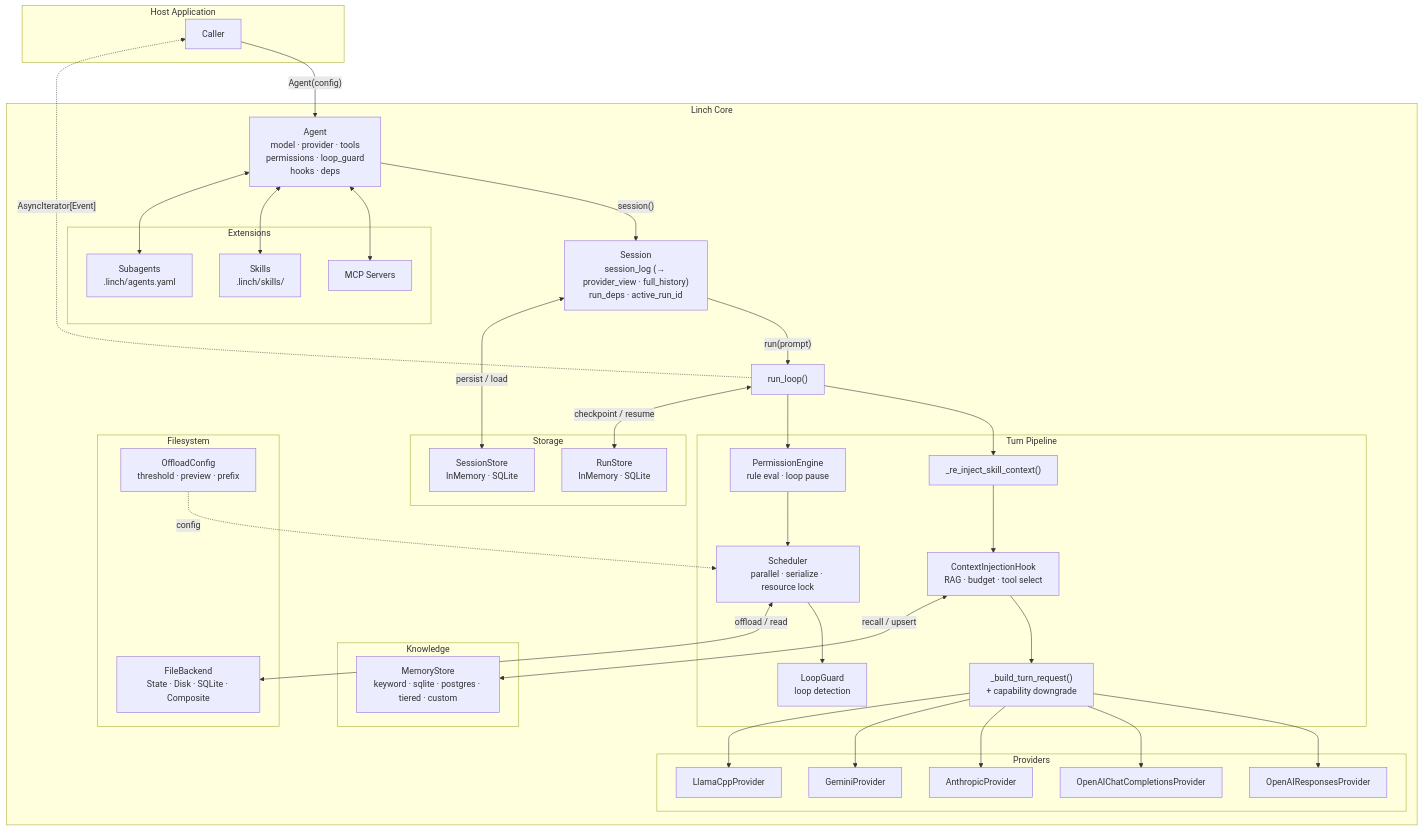
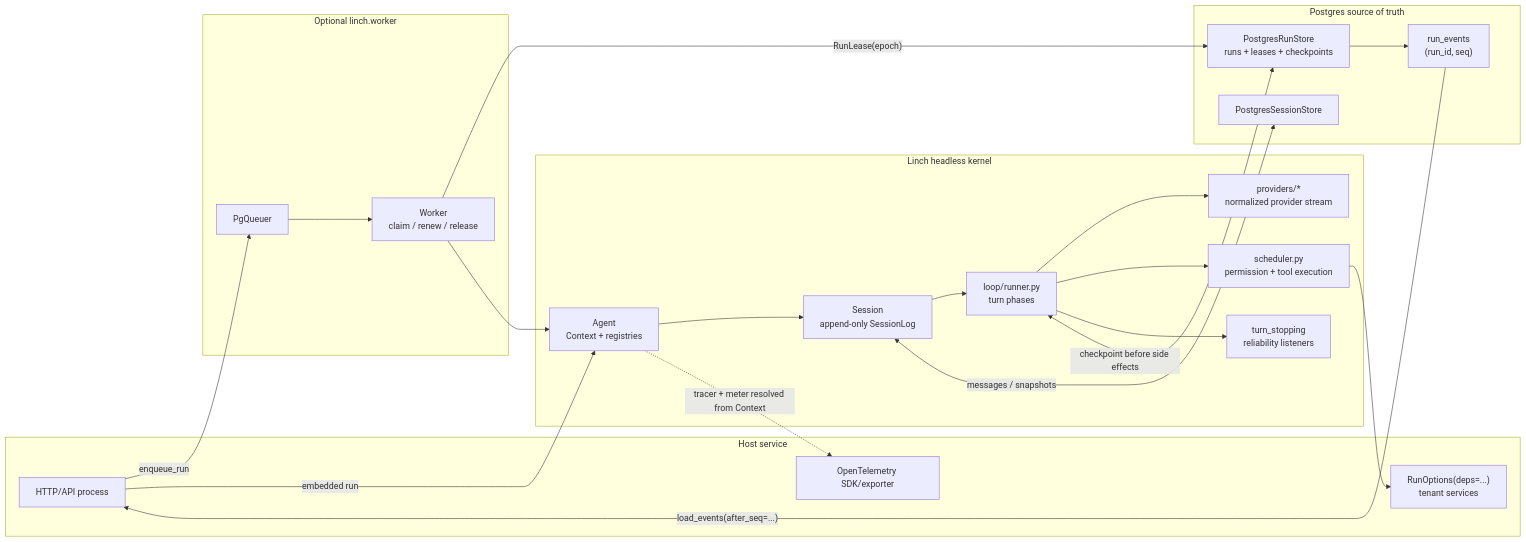
The diagram in docs/architecture/overview.md (DuyTa506/linch), drawn with Mermaid before and after one commit. The commit also changed other lines of this file and 16 other files, not shown here.

````diff
--- a/docs/architecture/overview.md
+++ b/docs/architecture/overview.md
@@ -7,67 +23,44 @@
 ```mermaid
-graph TD
-    subgraph Host["Host Application"]
-        Caller["Caller"]
+flowchart LR
+    subgraph Host["Host service"]
+        API["HTTP/API process"]
+        OTel["OpenTelemetry SDK/exporter"]
+        Deps["RunOptions(deps=...)\ntenant services"]
     end
 
-    subgraph Core["Linch Core"]
-        Agent["Agent\nmodel · provider · tools\npermissions · loop_guard\nhooks · deps"]
-        Session["Session\nsession_log (→ provider_view · full_history)\nrun_deps · active_run_id"]
-        RunLoop["run_loop()"]
-
-        subgraph Pipeline["Turn Pipeline"]
-            SK["_re_inject_skill_context()"]
-            CB["ContextInjectionHook\nRAG · budget · tool select"]
-            BTR["_build_turn_request()\n+ capability downgrade"]
-            PERM["PermissionEngine\nrule eval · loop pause"]
-            SCHED["Scheduler\nparallel · serialize · resource lock"]
-            LG["LoopGuard\nloop detection"]
-        end
-
-        subgraph Providers["Providers"]
-            OAR["OpenAIResponsesProvider"]
-            OAC["OpenAIChatCompletionsProvider"]
-            ANT["AnthropicProvider"]
-            GEM["GeminiProvider"]
-            LLM["LlamaCppProvider"]
-        end
-
-        subgraph Storage["Storage"]
-            SS["SessionStore\nInMemory · SQLite"]
-            RS["RunStore\nInMemory · SQLite"]
-        end
-
-        subgraph Knowledge["Knowledge"]
-            MEM["MemoryStore\nkeyword · sqlite · postgres · tiered · custom"]
-        end
-
-        subgraph Filesystem["Filesystem"]
-            FS["FileBackend\nState · Disk · SQLite · Composite"]
-            OFF["OffloadConfig\nthreshold · preview · prefix"]
-        end
-
-        subgraph Extensions["Extensions"]
-            MCP["MCP Servers"]
-            SKILLS["Skills\n.linch/skills/"]
-            SUBA["Subagents\n.linch/agents.yaml"]
-        end
+    subgraph Dispatch["Optional linch.worker"]
+        Queue["PgQueuer"]
+        Worker["Worker\nclaim / renew / release"]
     end
 
-    Caller -->|"Agent(config)"| Agent
-    Agent -->|"session()"| Session
-    Session -->|"run(prompt)"| RunLoop
-    RunLoop --> SK
-    SK --> CB
-    CB --> BTR
-    BTR --> OAR & OAC & ANT & GEM & LLM
-    RunLoop --> PERM
-    PERM --> SCHED
-    SCHED --> LG
-    RunLoop -.->|"AsyncIterator[Event]"| Caller
-    Session <-->|"persist / load"| SS
-    RunLoop <-->|"checkpoint / resume"| RS
-    CB <-->|"recall / upsert"| MEM
-    Agent <--> MCP & SKILLS & SUBA
-    SCHED <-->|"offload / read"| FS
-    OFF -.->|"config"| SCHED
+    subgraph Kernel["Linch headless kernel"]
+        Agent["Agent\nContext + registries"]
+        Session["Session\nappend-only SessionLog"]
+        Loop["loop/runner.py\nturn phases"]
+        Guard["turn_stopping\nreliability listeners"]
+        Scheduler["scheduler.py\npermission + tool execution"]
+        Provider["providers/*\nnormalized provider stream"]
+    end
+
+    subgraph Durable["Postgres source of truth"]
+        Sessions["PostgresSessionStore"]
+        Runs["PostgresRunStore\nruns + leases + checkpoints"]
+        Events["run_events\n(run_id, seq)"]
+    end
+
+    API -->|"enqueue_run"| Queue
+    Queue --> Worker
+    Worker -->|"RunLease(epoch)"| Runs
+    Worker --> Agent
+    API -->|"embedded run"| Agent
+    Agent --> Session --> Loop
+    Loop --> Provider
+    Loop --> Scheduler
+    Loop --> Guard
+    Scheduler --> Deps
+    Session <-->|"messages / snapshots"| Sessions
+    Loop <-->|"checkpoint before side effects"| Runs
+    Runs --> Events
+    Events -->|"load_events(after_seq=...)"| API
+    Agent -.->|"tracer + meter resolved from Context"| OTel
 ```
````
